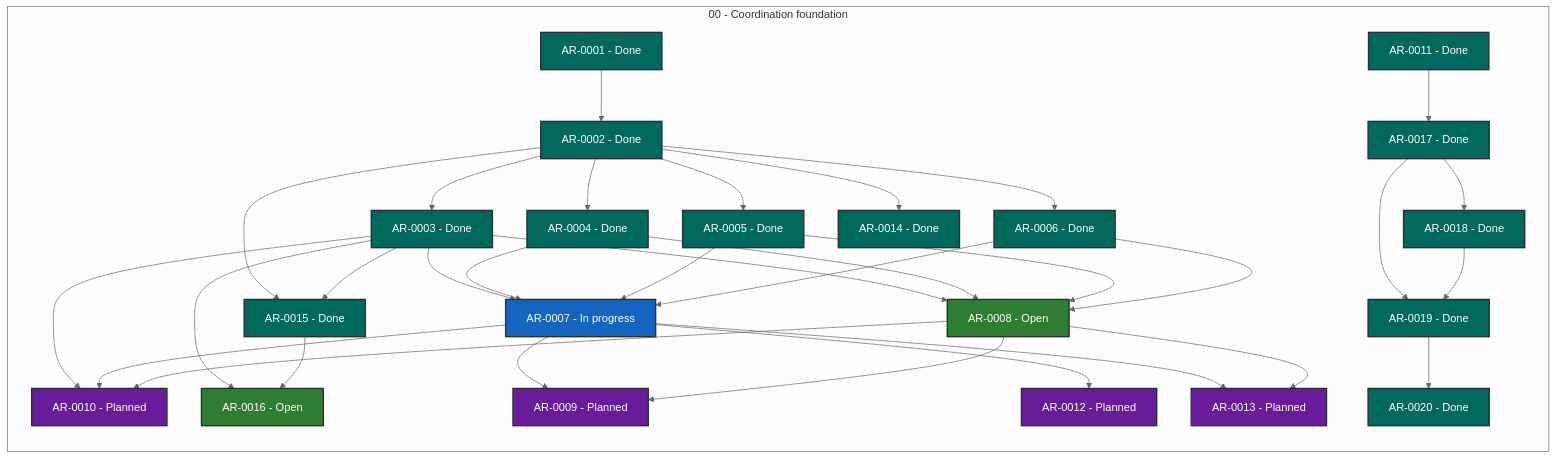
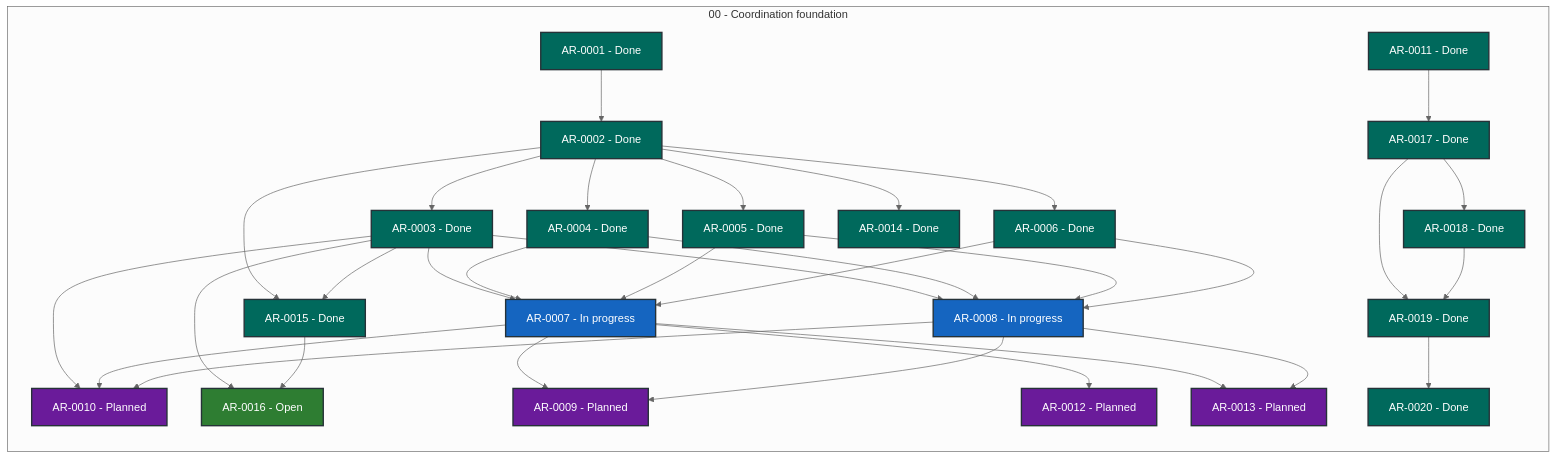
The diagram in STATUS.md (martin-beck/agent-workflow-coordinator-state), drawn with Mermaid (neutral theme) before and after one commit. The commit also changed other lines of this file and 2 other files, not shown here.

````diff
--- a/STATUS.md
+++ b/STATUS.md
@@ -27,65 +27,65 @@
 ```mermaid
 flowchart LR
     subgraph series_00["00 - Coordination foundation"]
         direction TB
         AR_0001["AR-0001 - Done"]:::status_done
         AR_0002["AR-0002 - Done"]:::status_done
         AR_0003["AR-0003 - Done"]:::status_done
         AR_0004["AR-0004 - Done"]:::status_done
         AR_0005["AR-0005 - Done"]:::status_done
         AR_0006["AR-0006 - Done"]:::status_done
         AR_0007["AR-0007 - In progress"]:::status_in_progress
-        AR_0008["AR-0008 - Open"]:::status_open
+        AR_0008["AR-0008 - In progress"]:::status_in_progress
         AR_0009["AR-0009 - Planned"]:::status_planned
         AR_0010["AR-0010 - Planned"]:::status_planned
         AR_0011["AR-0011 - Done"]:::status_done
         AR_0012["AR-0012 - Planned"]:::status_planned
         AR_0013["AR-0013 - Planned"]:::status_planned
         AR_0014["AR-0014 - Done"]:::status_done
         AR_0015["AR-0015 - Done"]:::status_done
         AR_0016["AR-0016 - Open"]:::status_open
         AR_0017["AR-0017 - Done"]:::status_done
         AR_0018["AR-0018 - Done"]:::status_done
         AR_0019["AR-0019 - Done"]:::status_done
         AR_0020["AR-0020 - Done"]:::status_done
     end
     AR_0001 --> AR_0002
     AR_0002 --> AR_0003
     AR_0002 --> AR_0004
     AR_0002 --> AR_0005
     AR_0002 --> AR_0006
     AR_0002 --> AR_0014
     AR_0002 --> AR_0015
     AR_0003 --> AR_0007
     AR_0003 --> AR_0008
     AR_0003 --> AR_0010
     AR_0003 --> AR_0015
     AR_0003 --> AR_0016
     AR_0004 --> AR_0007
     AR_0004 --> AR_0008
     AR_0005 --> AR_0007
     AR_0005 --> AR_0008
     AR_0006 --> AR_0007
     AR_0006 --> AR_0008
     AR_0007 --> AR_0009
     AR_0007 --> AR_0010
     AR_0007 --> AR_0012
     AR_0007 --> AR_0013
     AR_0008 --> AR_0009
     AR_0008 --> AR_0010
     AR_0008 --> AR_0013
     AR_0011 --> AR_0017
     AR_0015 --> AR_0016
     AR_0017 --> AR_0018
     AR_0017 --> AR_0019
     AR_0018 --> AR_0019
     AR_0019 --> AR_0020
     classDef status_in_progress fill:#1565c0,color:#ffffff,stroke:#263238,stroke-width:2px
     classDef status_open fill:#2e7d32,color:#ffffff,stroke:#263238,stroke-width:2px
     classDef status_blocked fill:#c62828,color:#ffffff,stroke:#263238,stroke-width:2px
     classDef status_planned fill:#6a1b9a,color:#ffffff,stroke:#263238,stroke-width:2px
     classDef status_future fill:#455a64,color:#ffffff,stroke:#263238,stroke-width:2px
     classDef status_done fill:#00695c,color:#ffffff,stroke:#263238,stroke-width:2px
     classDef status_cancelled fill:#616161,color:#ffffff,stroke:#263238,stroke-width:2px
     classDef status_superseded fill:#5d4037,color:#ffffff,stroke:#263238,stroke-width:2px
 ```
````
